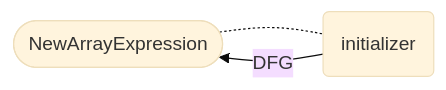
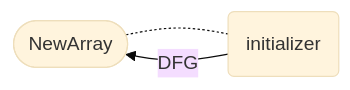
One commit to Fraunhofer-AISEC/cpg changed the ninth of 40 diagrams in docs/docs/CPG/specs/dfg.md. Above: the diagram before and after it, drawn with Mermaid (base theme). The commit also changed other lines of this file and 219 other files, not shown here.

First line of the commit message:
refactor: remove Expression suffix from expression node classes

````diff
--- a/docs/docs/CPG/specs/dfg.md
+++ b/docs/docs/CPG/specs/dfg.md
@@ -164,5 +164,5 @@
   ```mermaid
   flowchart LR
-    node([NewArrayExpression]) -.- initializer(initializer)
+    node([NewArray]) -.- initializer(initializer)
     initializer -- DFG --> node
   ```
````
